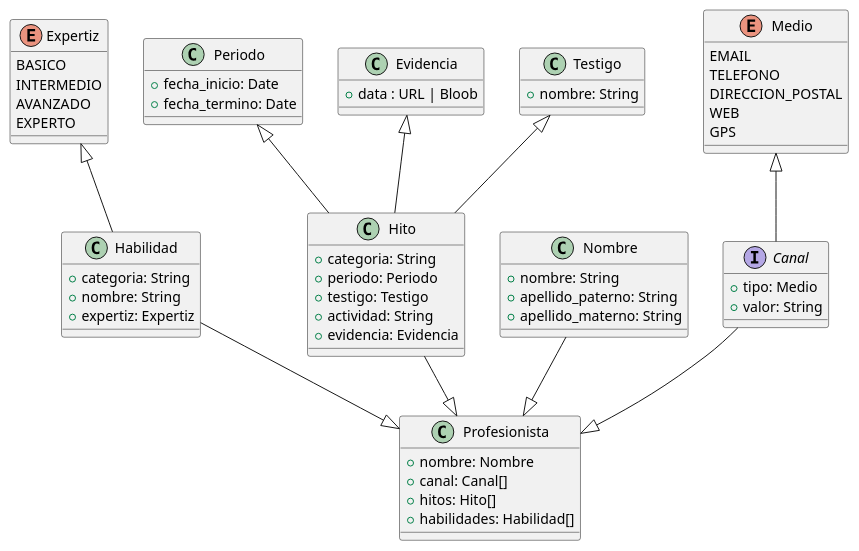
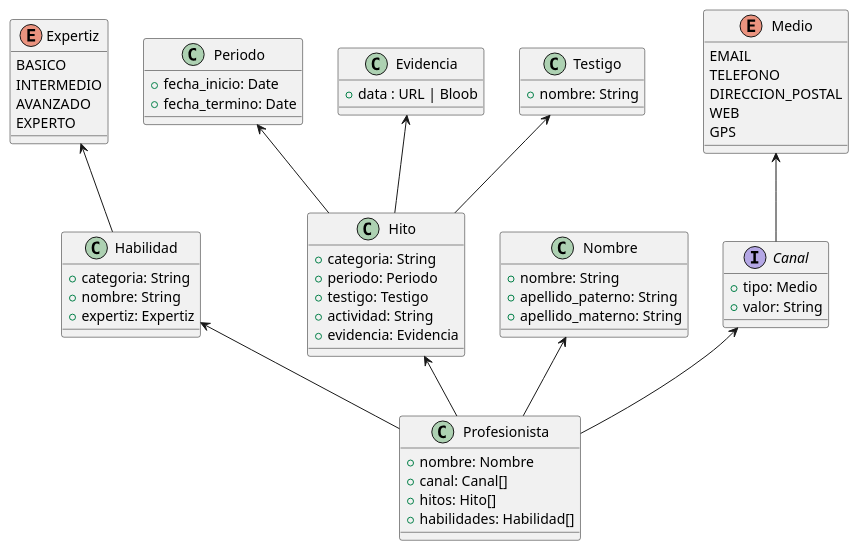
One commit to emirhg/curriculum-vitae changed the diagram in arc/classess.puml. Above: the diagram before and after it, drawn with PlantUML. The commit also changed 1 other file, not shown here.

```diff
--- a/arc/classess.puml
+++ b/arc/classess.puml
@@ -1,76 +1,76 @@
 @startuml
   class Profesionista {
     + nombre: Nombre
     + canal: Canal[]
     + hitos: Hito[]
     + habilidades: Habilidad[]
   }
 
   class Habilidad {
     + categoria: String
     + nombre: String
     + expertiz: Expertiz
   }
 
   class Periodo {
     + fecha_inicio: Date
     + fecha_termino: Date
   }
 
   class Hito {
     + categoria: String
     + periodo: Periodo
     + testigo: Testigo
     + actividad: String
     + evidencia: Evidencia
   }
 
   class Evidencia {
     + data : URL | Bloob
   }
 
   class Testigo {
     + nombre: String
   }
 
-  Evidencia <|-- Hito
+  Evidencia <-- Hito
 
-  Periodo <|-- Hito
+  Periodo <-- Hito
 
   enum Expertiz {
       BASICO
       INTERMEDIO
       AVANZADO
       EXPERTO
   }
 
   class Nombre {
     + nombre: String
     + apellido_paterno: String
     + apellido_materno: String
   }
 
   interface Canal{
       + tipo: Medio
       + valor: String
   }
 
   enum Medio {
     EMAIL
     TELEFONO
     DIRECCION_POSTAL
     WEB
     GPS
   }
 
-  Medio <|-- Canal
+  Medio <-- Canal
 
-  Nombre --|> Profesionista
-  Canal --|> Profesionista
-  Habilidad --|> Profesionista
-  Hito --|> Profesionista
+  Nombre <-- Profesionista
+  Canal <-- Profesionista
+  Habilidad <-- Profesionista
+  Hito <-- Profesionista
 
-  Testigo <|-- Hito
+  Testigo <-- Hito
 
-  Expertiz <|-- Habilidad
+  Expertiz <-- Habilidad
 @enduml
```
